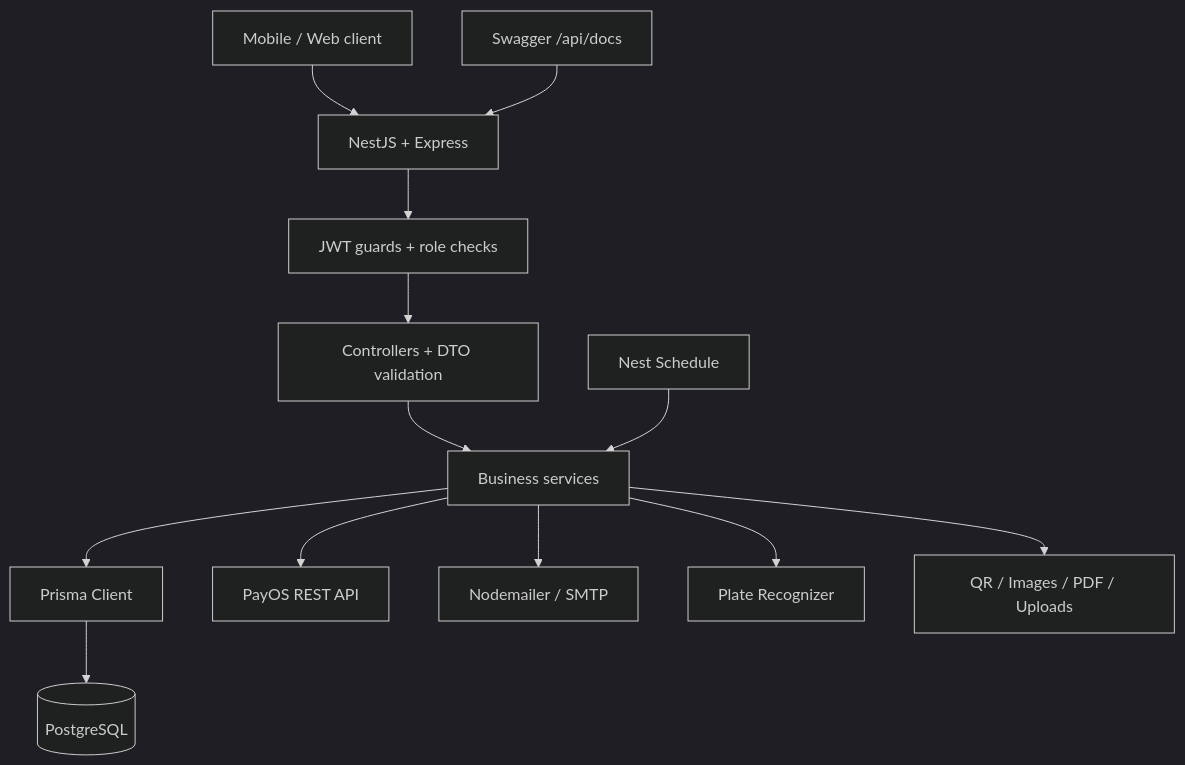
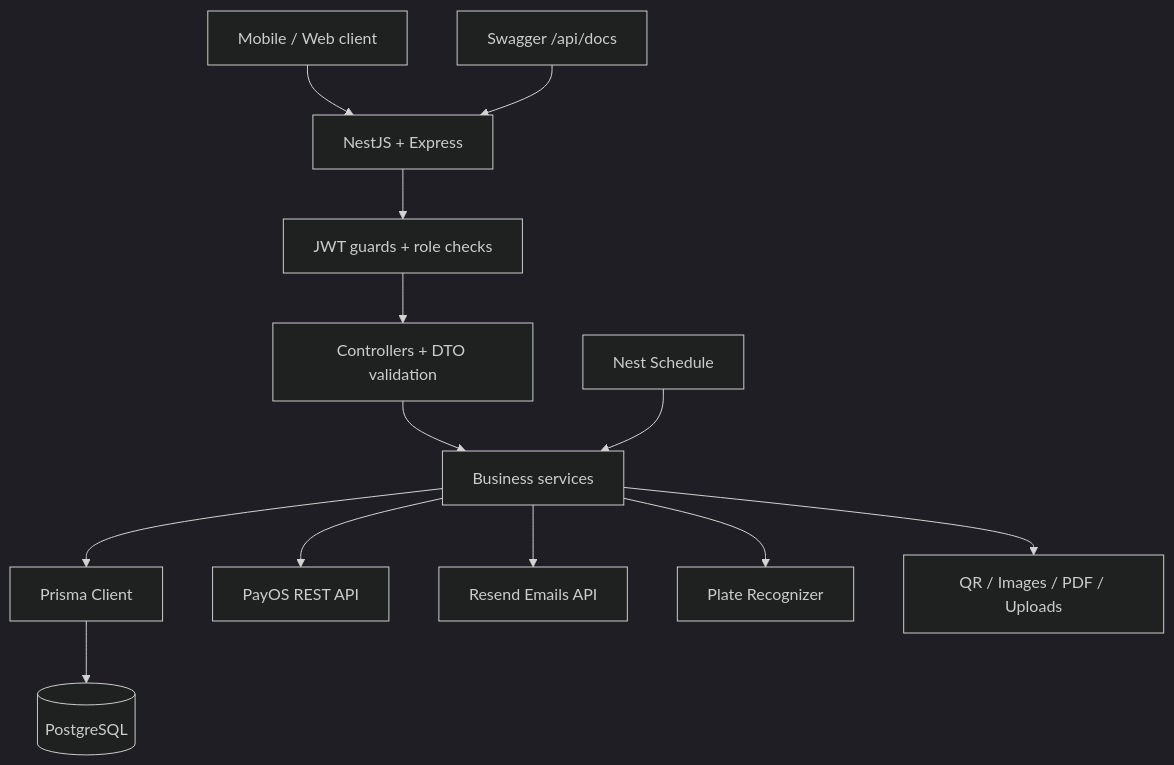
Before and after one commit to PRM393-PBMS/Backend: the diagram in README.md, drawn with Mermaid (dark theme). The commit also changed other lines of this file and 10 other files, not shown here.

````diff
--- a/README.md
+++ b/README.md
@@ -99,15 +99,15 @@
 ```mermaid
 flowchart TD
     Client[Mobile / Web client] --> API[NestJS + Express]
     Swagger[Swagger /api/docs] --> API
     API --> Guard[JWT guards + role checks]
     Guard --> Controller[Controllers + DTO validation]
     Controller --> Service[Business services]
     Service --> Prisma[Prisma Client]
     Prisma --> DB[(PostgreSQL)]
     Service --> PayOS[PayOS REST API]
-    Service --> Mail[Nodemailer / SMTP]
+    Service --> Mail[Resend Emails API]
     Service --> OCR[Plate Recognizer]
     Service --> Assets[QR / Images / PDF / Uploads]
     Cron[Nest Schedule] --> Service
 ```
````
